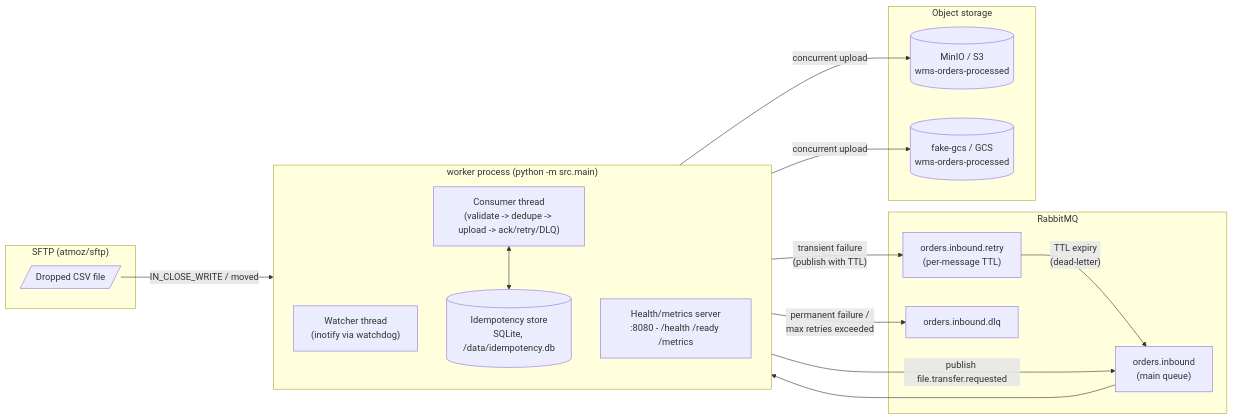
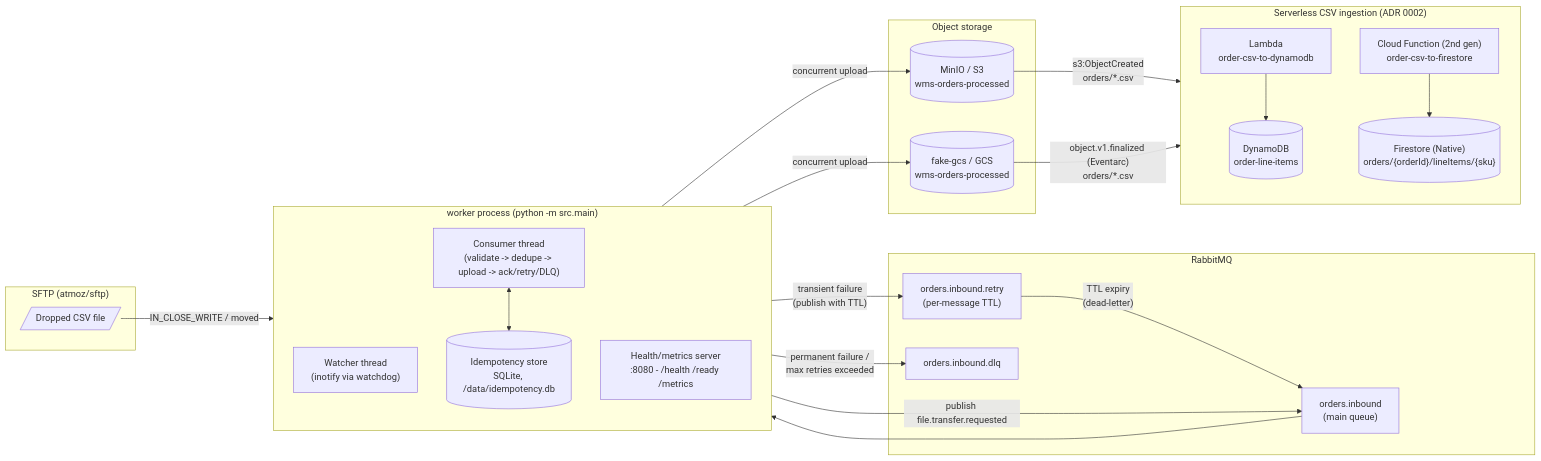
Before and after one commit to naren-black/event-worker-types: the diagram in docs/architecture.md, drawn with Mermaid. The commit also changed other lines of this file and 9 other files, not shown here.

Commit message:
Adds serverless compute for csv parsing and db insert

````diff
--- a/docs/architecture.md
+++ b/docs/architecture.md
@@ -5,35 +5,47 @@
 ```mermaid
 flowchart LR
     subgraph sftp["SFTP (atmoz/sftp)"]
         F[/Dropped CSV file/]
     end
 
     subgraph worker["worker process (python -m src.main)"]
         direction TB
         W["Watcher thread\n(inotify via watchdog)"]
         C["Consumer thread\n(validate -> dedupe -> upload -> ack/retry/DLQ)"]
         I[("Idempotency store\nSQLite, /data/idempotency.db")]
         H["Health/metrics server\n:8080 - /health /ready /metrics"]
         C <--> I
     end
 
     subgraph rabbitmq["RabbitMQ"]
         Q["orders.inbound\n(main queue)"]
         R["orders.inbound.retry\n(per-message TTL)"]
         D["orders.inbound.dlq"]
     end
 
     subgraph clouds["Object storage"]
         S3[("MinIO / S3\nwms-orders-processed")]
         GCS[("fake-gcs / GCS\nwms-orders-processed")]
     end
 
+    subgraph ingestion["Serverless CSV ingestion (ADR 0002)"]
+        direction TB
+        L["Lambda\norder-csv-to-dynamodb"]
+        CF["Cloud Function (2nd gen)\norder-csv-to-firestore"]
+        DDB[("DynamoDB\norder-line-items")]
+        FS[("Firestore (Native)\norders/{orderId}/lineItems/{sku}")]
+        L --> DDB
+        CF --> FS
+    end
+
     F -- "IN_CLOSE_WRITE / moved" --> W
     W -- "publish file.transfer.requested" --> Q
     Q --> C
     C -- "concurrent upload" --> S3
     C -- "concurrent upload" --> GCS
     C -- "transient failure\n(publish with TTL)" --> R
     R -- "TTL expiry\n(dead-letter)" --> Q
     C -- "permanent failure /\nmax retries exceeded" --> D
+    S3 -- "s3:ObjectCreated\norders/*.csv" --> L
+    GCS -- "object.v1.finalized (Eventarc)\norders/*.csv" --> CF
 ```
````
